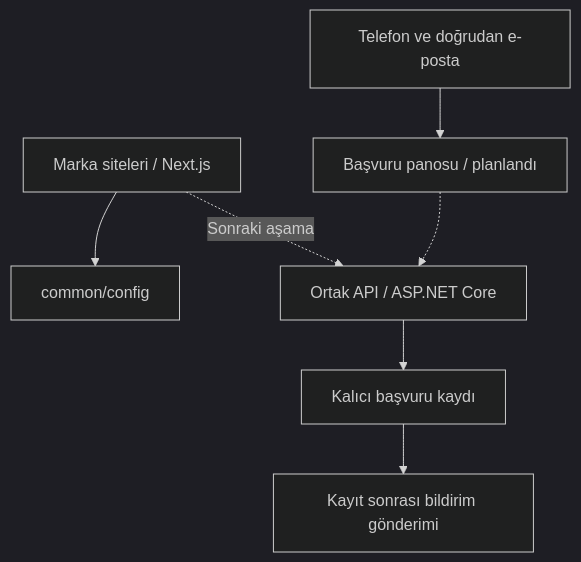
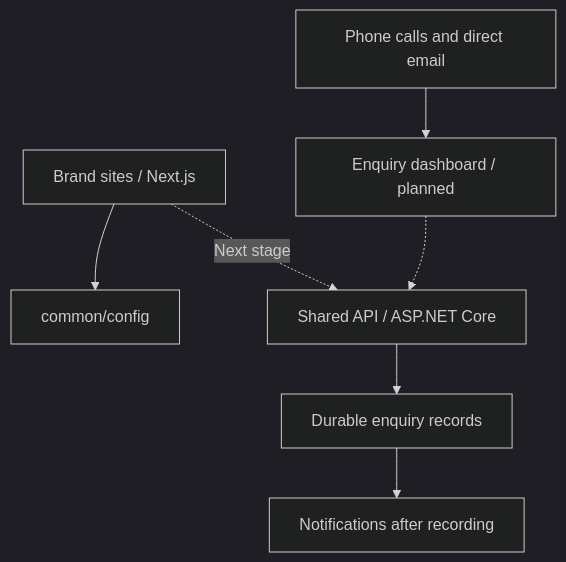
One commit to YioGoi/core-initiative changed the diagram in docs/architecture.md. Above: the diagram before and after it, drawn with Mermaid (dark theme). The commit also changed other lines of this file and 10 other files, not shown here.

````diff
--- a/docs/architecture.md
+++ b/docs/architecture.md
@@ -13,9 +13,9 @@
 ```mermaid
 flowchart TD
-    Sites["Marka siteleri / Next.js"] --> Shared["common/config"]
-    Sites -. "Sonraki aşama" .-> API["Ortak API / ASP.NET Core"]
-    Panel["Başvuru panosu / planlandı"] -.-> API
-    Manual["Telefon ve doğrudan e-posta"] --> Panel
-    API --> DB["Kalıcı başvuru kaydı"]
-    DB --> Mail["Kayıt sonrası bildirim gönderimi"]
+    Sites["Brand sites / Next.js"] --> Shared["common/config"]
+    Sites -. "Next stage" .-> API["Shared API / ASP.NET Core"]
+    Panel["Enquiry dashboard / planned"] -.-> API
+    Manual["Phone calls and direct email"] --> Panel
+    API --> DB["Durable enquiry records"]
+    DB --> Mail["Notifications after recording"]
 ```
````
